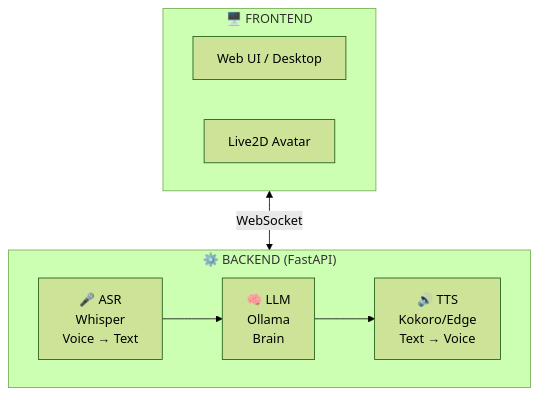
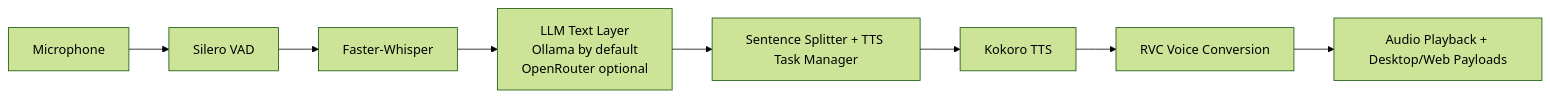
Before and after one commit to LiiLk/Local-AI-Companion: the diagram in README.md, drawn with Mermaid (forest theme). The commit also changed other lines of this file and 1 other file, not shown here.

Commit message:
Refresh docs for current architecture

````diff
--- a/README.md
+++ b/README.md
@@ -81,16 +114,10 @@
 ```mermaid
-flowchart TB
-    subgraph Frontend["🖥️ FRONTEND"]
-        UI["Web UI / Desktop"]
-        Live2D["Live2D Avatar"]
-    end
-    
-    subgraph Backend["⚙️ BACKEND (FastAPI)"]
-        ASR["🎤 ASR<br/>Whisper<br/>Voice → Text"]
-        LLM["🧠 LLM<br/>Ollama<br/>Brain"]
-        TTS["🔊 TTS<br/>Kokoro/Edge<br/>Text → Voice"]
-    end
-    
-    Frontend <-->|WebSocket| Backend
-    ASR --> LLM --> TTS
+flowchart LR
+    Mic["Microphone"] --> VAD["Silero VAD"]
+    VAD --> ASR["Faster-Whisper"]
+    ASR --> LLM["LLM Text Layer\nOllama by default\nOpenRouter optional"]
+    LLM --> Splitter["Sentence Splitter + TTS Task Manager"]
+    Splitter --> TTS["Kokoro TTS"]
+    TTS --> RVC["RVC Voice Conversion"]
+    RVC --> Audio["Audio Playback + Desktop/Web Payloads"]
 ```
````
